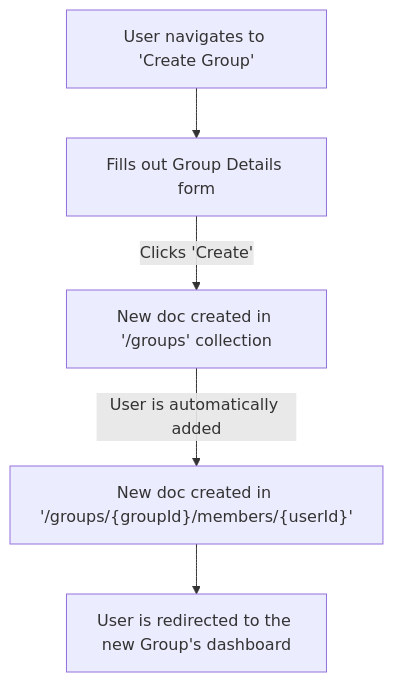
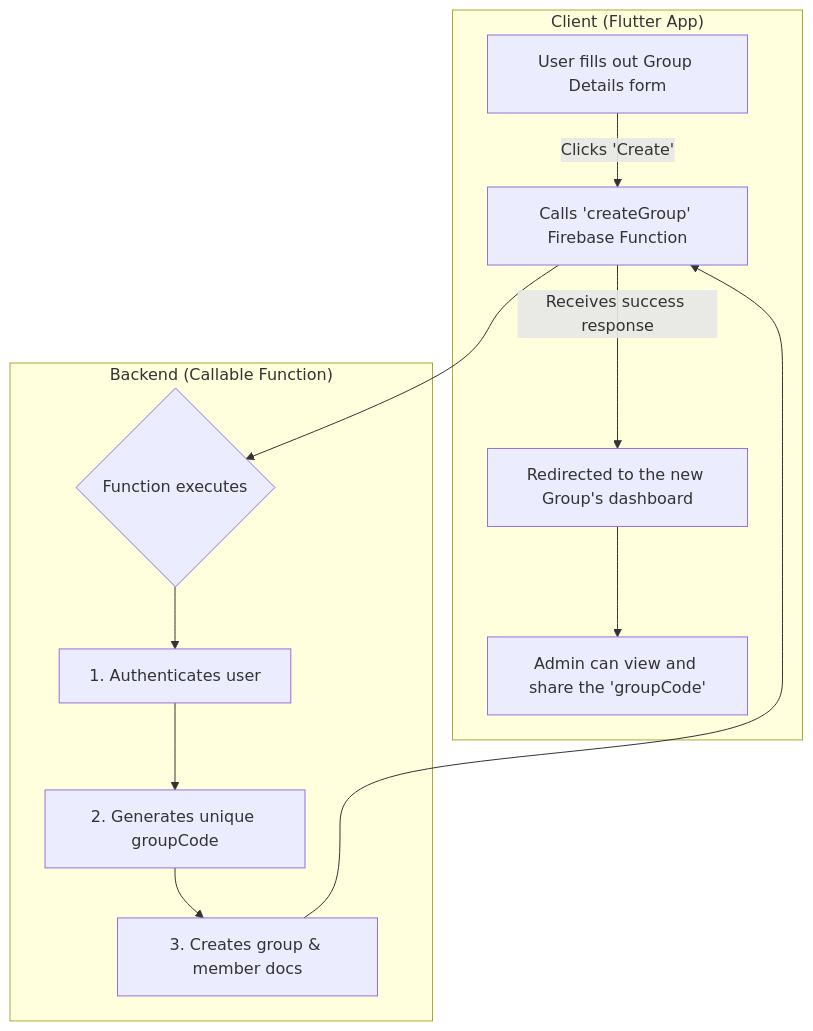
The second of 5 diagrams in docs/USER_JOURNEYS.md (amitrke/getspot), drawn with Mermaid before and after one commit. The commit also changed other lines of this file and 3 other files, not shown here.

Commit message:
Refactor architecture documentation to clarify patterns and enhance group creation flow; add unique group code to data model and update user journey diagrams.

````diff
--- a/docs/USER_JOURNEYS.md
+++ b/docs/USER_JOURNEYS.md
@@ -35,7 +35,16 @@
 ```mermaid
 graph TD
-    A[User navigates to 'Create Group'] --> B[Fills out Group Details form];
-    B -- Clicks 'Create' --> D[New doc created in '/groups' collection];
-    D -->|User is automatically added| E["New doc created in '/groups/{groupId}/members/{userId}'"];
-    E --> F[User is redirected to the new Group's dashboard];
+    subgraph "Client (Flutter App)"
+        A[User fills out Group Details form] -- Clicks 'Create' --> B[Calls 'createGroup' Firebase Function];
+        B -- Receives success response --> C[Redirected to the new Group's dashboard];
+        C --> D[Admin can view and share the 'groupCode'];
+    end
+
+    subgraph "Backend (Callable Function)"
+        B --> E{Function executes};
+        E --> F[1. Authenticates user];
+        F --> G[2. Generates unique groupCode];
+        G --> H[3. Creates group & member docs];
+        H --> B;
+    end
 ```
````
